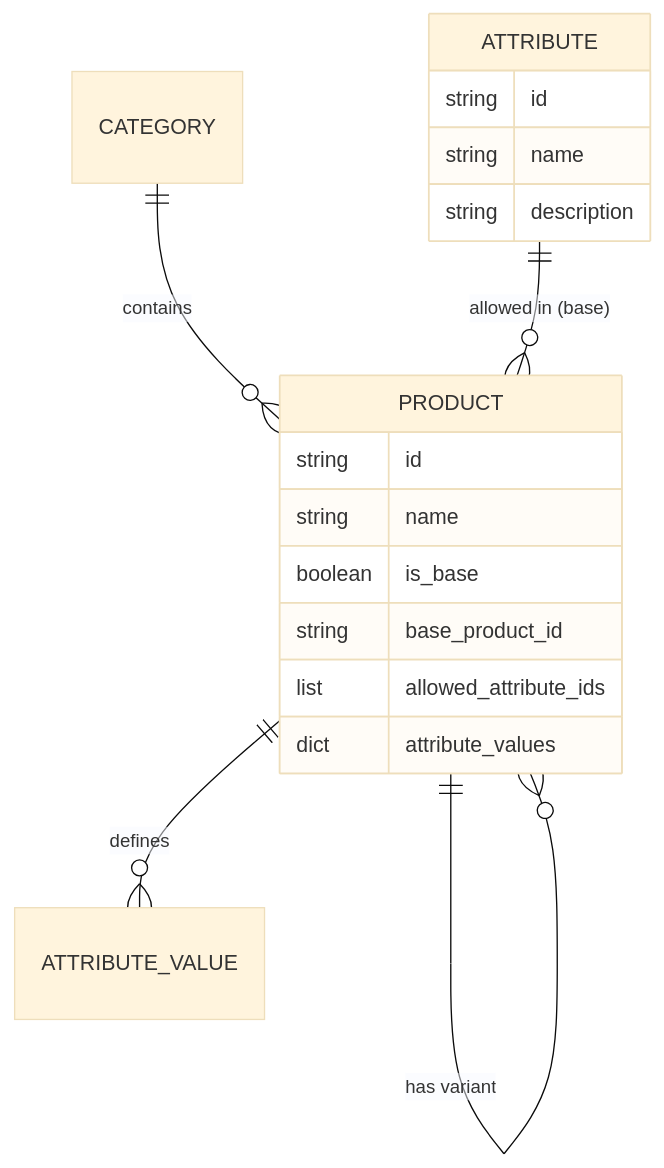
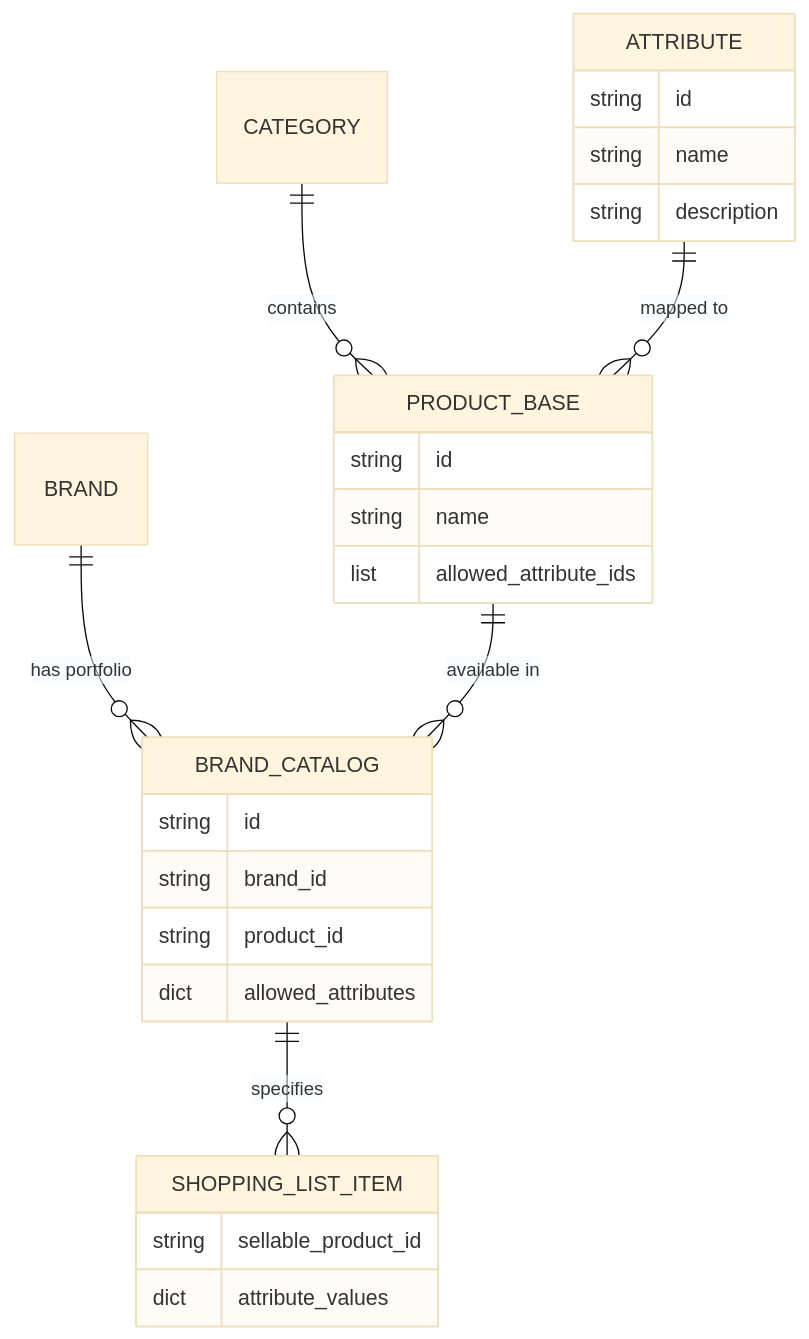
One commit to DanielBodas/PriceHive changed the diagram in docs/PRODUCT_ATTRIBUTES.md. Above: the diagram before and after it, drawn with Mermaid (base theme). The commit also changed other lines of this file and 9 other files, not shown here.

First line of the commit message:
feat: implement generic product attribute and variant system

````diff
--- a/docs/PRODUCT_ATTRIBUTES.md
+++ b/docs/PRODUCT_ATTRIBUTES.md
@@ -26,22 +38,32 @@
 ```mermaid
 erDiagram
-    CATEGORY ||--o{ PRODUCT : contains
-    ATTRIBUTE ||--o{ PRODUCT : "allowed in (base)"
-    PRODUCT ||--o{ PRODUCT : "has variant"
-    PRODUCT ||--o{ ATTRIBUTE_VALUE : "defines"
+    CATEGORY ||--o{ PRODUCT_BASE : contains
+    ATTRIBUTE ||--o{ PRODUCT_BASE : "mapped to"
+    BRAND ||--o{ BRAND_CATALOG : "has portfolio"
+    PRODUCT_BASE ||--o{ BRAND_CATALOG : "available in"
+    BRAND_CATALOG ||--o{ SHOPPING_LIST_ITEM : "specifies"
 
-    PRODUCT {
+    PRODUCT_BASE {
         string id
         string name
-        boolean is_base
-        string base_product_id
         list allowed_attribute_ids
+    }
+
+    BRAND_CATALOG {
+        string id
+        string brand_id
+        string product_id
+        dict allowed_attributes
+    }
+
+    SHOPPING_LIST_ITEM {
+        string sellable_product_id
         dict attribute_values
     }
 
     ATTRIBUTE {
         string id
         string name
         string description
     }
 ```
````
